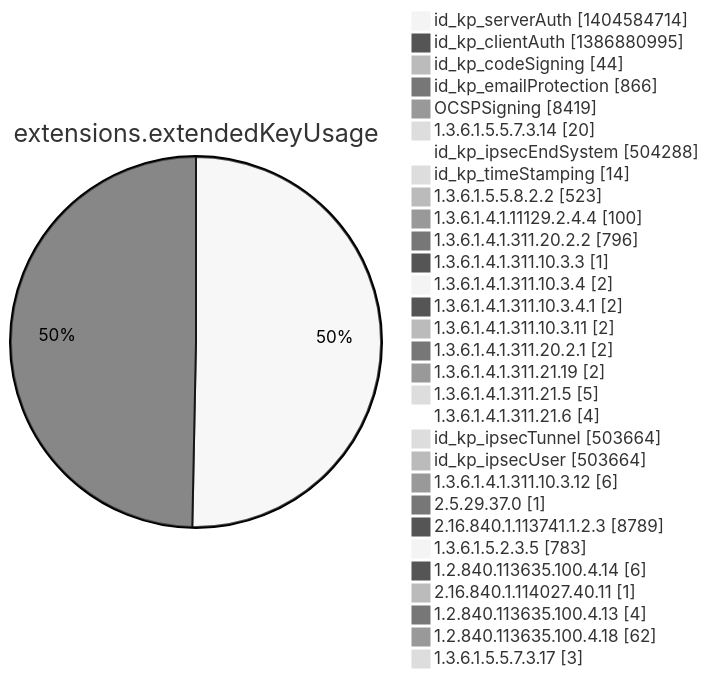
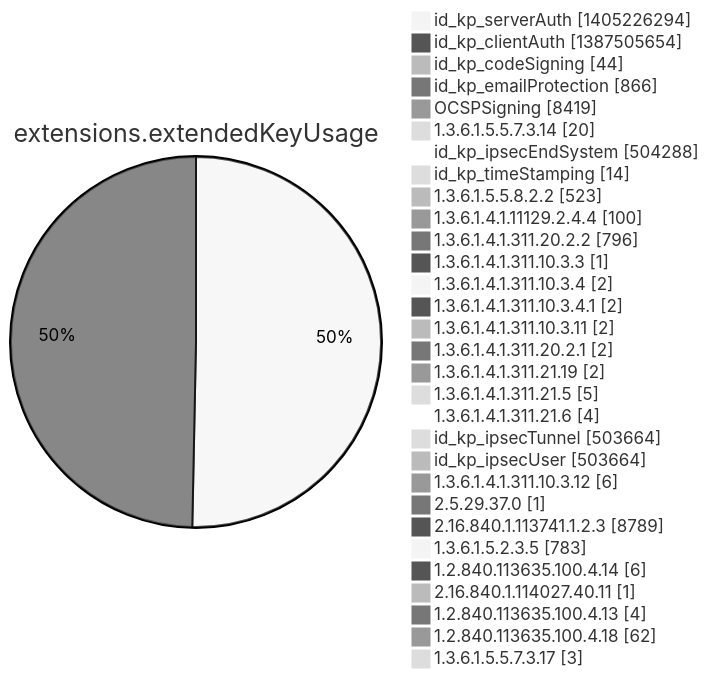
One commit to christiankrug/ctmonitor_visualization changed diagram 12 of 15 in argon2022/README.md. Above: the diagram before and after it, drawn with Mermaid (neutral theme). The commit also changed other lines of this file, not shown here.

````diff
--- a/argon2022/README.md
+++ b/argon2022/README.md
@@ -3554,34 +3554,34 @@
 ```mermaid
 pie showData
 title extensions.extendedKeyUsage
-"id_kp_serverAuth" :1404584714
-"id_kp_clientAuth" :1386880995
+"id_kp_serverAuth" :1405226294
+"id_kp_clientAuth" :1387505654
 "id_kp_codeSigning" :44
 "id_kp_emailProtection" :866
 "OCSPSigning" :8419
 "1.3.6.1.5.5.7.3.14" :20
 "id_kp_ipsecEndSystem" :504288
 "id_kp_timeStamping" :14
 "1.3.6.1.5.5.8.2.2" :523
 "1.3.6.1.4.1.11129.2.4.4" :100
 "1.3.6.1.4.1.311.20.2.2" :796
 "1.3.6.1.4.1.311.10.3.3" :1
 "1.3.6.1.4.1.311.10.3.4" :2
 "1.3.6.1.4.1.311.10.3.4.1" :2
 "1.3.6.1.4.1.311.10.3.11" :2
 "1.3.6.1.4.1.311.20.2.1" :2
 "1.3.6.1.4.1.311.21.19" :2
 "1.3.6.1.4.1.311.21.5" :5
 "1.3.6.1.4.1.311.21.6" :4
 "id_kp_ipsecTunnel" :503664
 "id_kp_ipsecUser" :503664
 "1.3.6.1.4.1.311.10.3.12" :6
 "2.5.29.37.0" :1
 "2.16.840.1.113741.1.2.3" :8789
 "1.3.6.1.5.2.3.5" :783
 "1.2.840.113635.100.4.14" :6
 "2.16.840.1.114027.40.11" :1
 "1.2.840.113635.100.4.13" :4
 "1.2.840.113635.100.4.18" :62
 "1.3.6.1.5.5.7.3.17" :3
 ```
````
